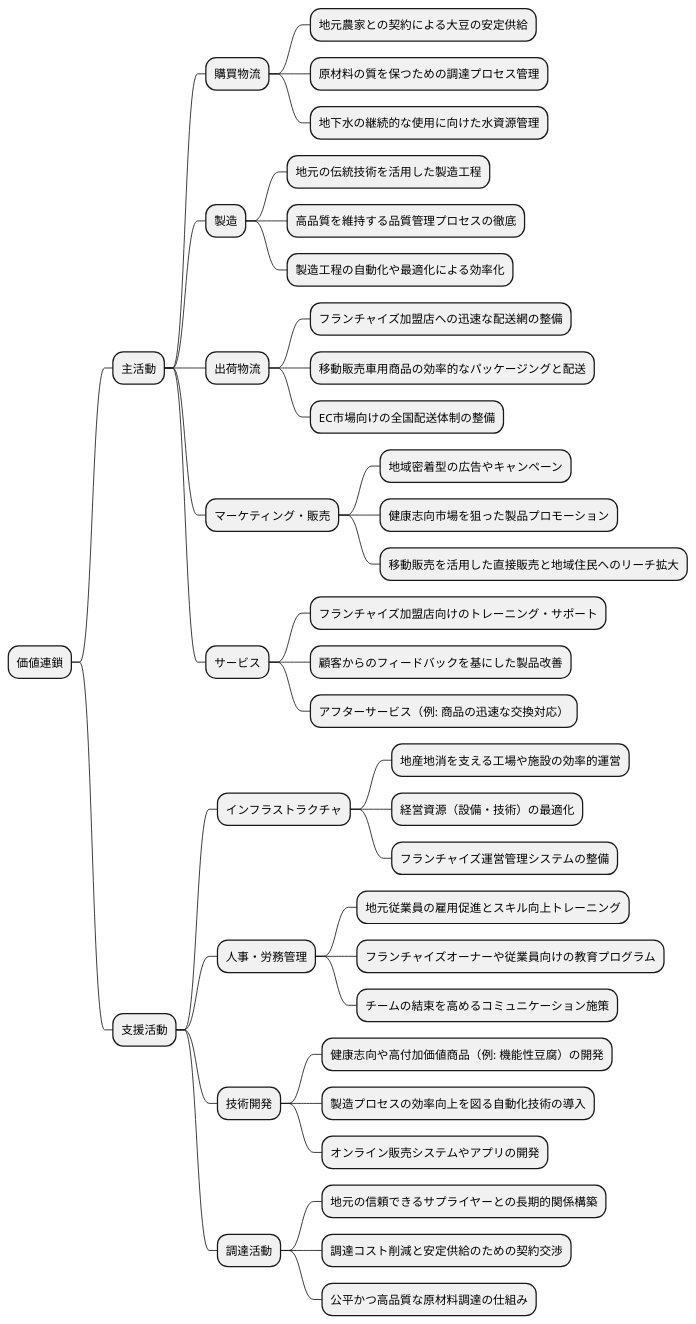
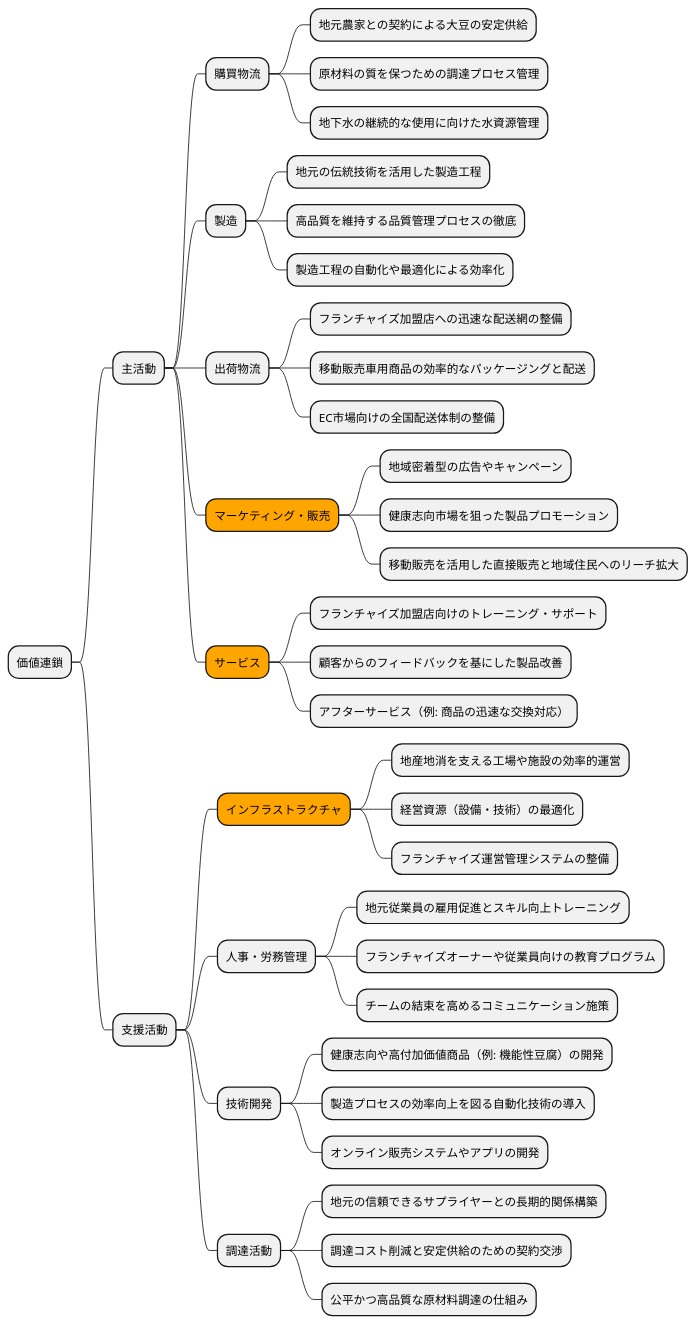
One commit to k2works/case-study-business-analysis changed the tenth of 19 diagrams in docs/case/r03_case_2.adoc. Above: the diagram before and after it, drawn with PlantUML. The commit also changed other lines of this file, not shown here.

```diff
--- a/docs/case/r03_case_2.adoc
+++ b/docs/case/r03_case_2.adoc
@@ -377,46 +387,46 @@
 [plantuml]
 ----
 @startmindmap
 
 * 価値連鎖
 ** 主活動
 *** 購買物流
 **** 地元農家との契約による大豆の安定供給
 **** 原材料の質を保つための調達プロセス管理
 **** 地下水の継続的な使用に向けた水資源管理
 *** 製造
 **** 地元の伝統技術を活用した製造工程
 **** 高品質を維持する品質管理プロセスの徹底
 **** 製造工程の自動化や最適化による効率化
 *** 出荷物流
 **** フランチャイズ加盟店への迅速な配送網の整備
 **** 移動販売車用商品の効率的なパッケージングと配送
 **** EC市場向けの全国配送体制の整備
-*** マーケティング・販売
+***[#orange] マーケティング・販売
 **** 地域密着型の広告やキャンペーン
 **** 健康志向市場を狙った製品プロモーション
 **** 移動販売を活用した直接販売と地域住民へのリーチ拡大
-*** サービス
+***[#orange] サービス
 **** フランチャイズ加盟店向けのトレーニング・サポート
 **** 顧客からのフィードバックを基にした製品改善
 **** アフターサービス（例: 商品の迅速な交換対応）
 ** 支援活動
-*** インフラストラクチャ
+***[#orange] インフラストラクチャ
 **** 地産地消を支える工場や施設の効率的運営
 **** 経営資源（設備・技術）の最適化
 **** フランチャイズ運営管理システムの整備
 *** 人事・労務管理
 **** 地元従業員の雇用促進とスキル向上トレーニング
 **** フランチャイズオーナーや従業員向けの教育プログラム
 **** チームの結束を高めるコミュニケーション施策
 *** 技術開発
 **** 健康志向や高付加価値商品（例: 機能性豆腐）の開発
 **** 製造プロセスの効率向上を図る自動化技術の導入
 **** オンライン販売システムやアプリの開発
 *** 調達活動
 **** 地元の信頼できるサプライヤーとの長期的関係構築
 **** 調達コスト削減と安定供給のための契約交渉
 **** 公平かつ高品質な原材料調達の仕組み
 
 @endmindmapp
 ----
```
